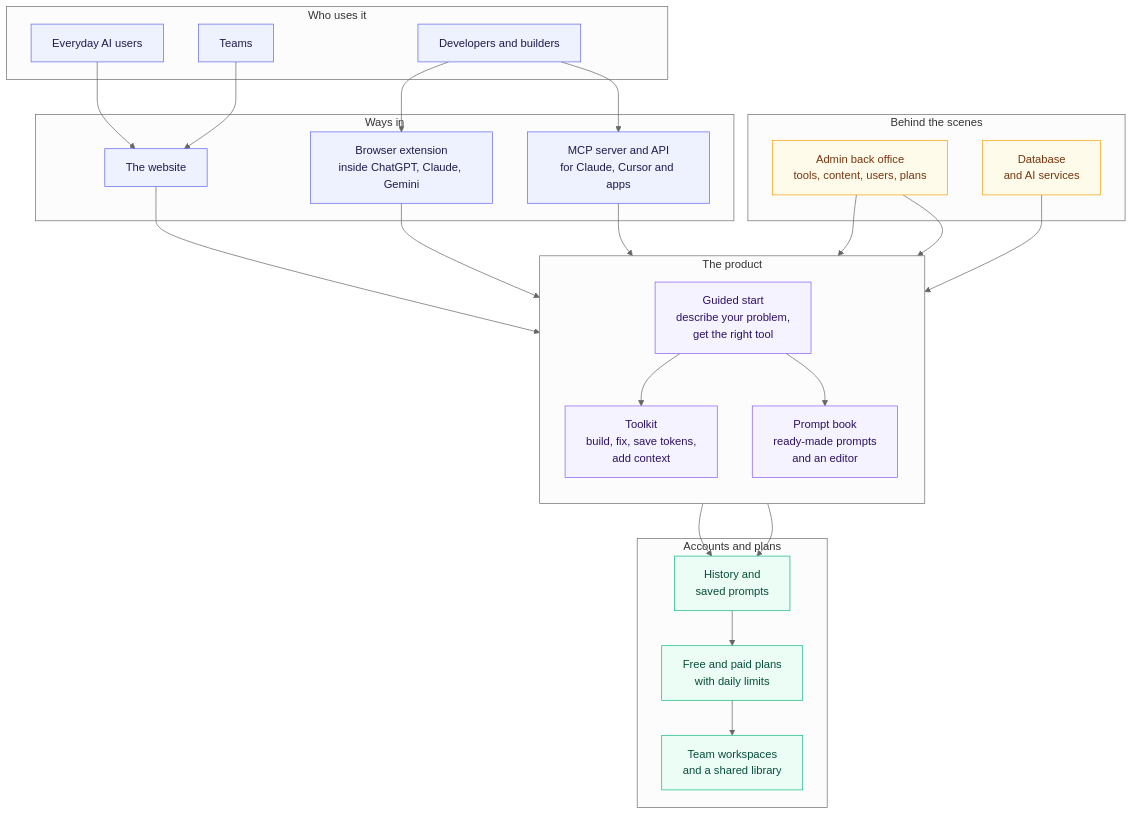
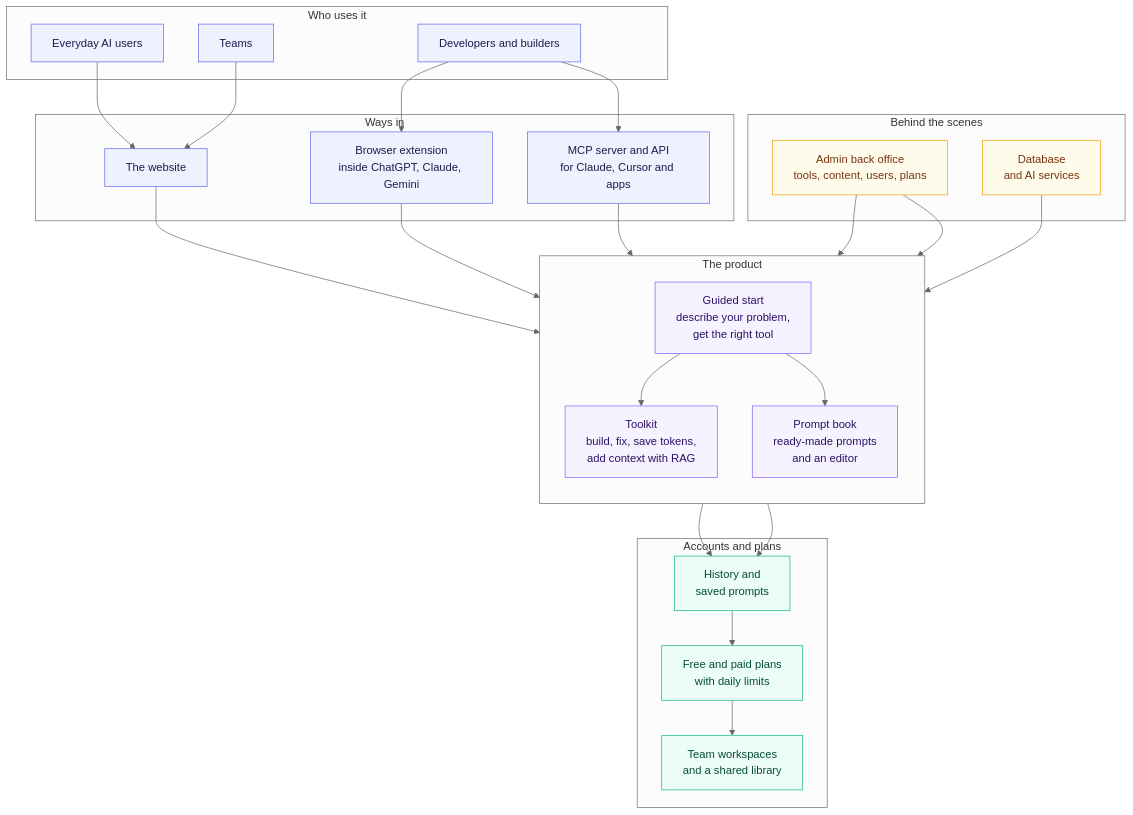
One commit to aliyanfaisal/Cuelara.com changed the first of 17 diagrams in README.md. Above: the diagram before and after it, drawn with Mermaid (neutral theme). The commit also changed other lines of this file, not shown here.

````diff
--- a/README.md
+++ b/README.md
@@ -49,48 +51,48 @@
 ```mermaid
 flowchart TB
     subgraph PEOPLE["Who uses it"]
         P1["Everyday AI users"]:::in
         P2["Developers and builders"]:::in
         P3["Teams"]:::in
     end
     subgraph ENTRY["Ways in"]
         E1["The website"]:::in
         E2["Browser extension<br/>inside ChatGPT, Claude, Gemini"]:::in
         E3["MCP server and API<br/>for Claude, Cursor and apps"]:::in
     end
     subgraph CORE["The product"]
         direction TB
         H["Guided start<br/>describe your problem,<br/>get the right tool"]:::ai
-        T["Toolkit<br/>build, fix, save tokens,<br/>add context"]:::ai
+        T["Toolkit<br/>build, fix, save tokens,<br/>add context with RAG"]:::ai
         B["Prompt book<br/>ready-made prompts<br/>and an editor"]:::ai
     end
     subgraph ACCOUNT["Accounts and plans"]
         A1["History and<br/>saved prompts"]:::out
         A2["Free and paid plans<br/>with daily limits"]:::out
         A3["Team workspaces<br/>and a shared library"]:::out
     end
     subgraph ADMIN["Behind the scenes"]
         D1["Admin back office<br/>tools, content, users, plans"]:::warn
         D2["Database<br/>and AI services"]:::warn
     end
     P1 --> E1
     P2 --> E2
     P2 --> E3
     P3 --> E1
     E1 --> H
     E2 --> T
     E3 --> T
     H --> T
     H --> B
     T --> A1
     B --> A1
     A1 --> A2
     A2 --> A3
     D1 --> T
     D1 --> B
     D2 --> T
     classDef in fill:#eef2ff,stroke:#6366f1,color:#1e1b4b
     classDef ai fill:#f5f3ff,stroke:#8b5cf6,color:#2e1065
     classDef out fill:#ecfdf5,stroke:#10b981,color:#064e3b
     classDef warn fill:#fffbeb,stroke:#f59e0b,color:#78350f
 ```
````
